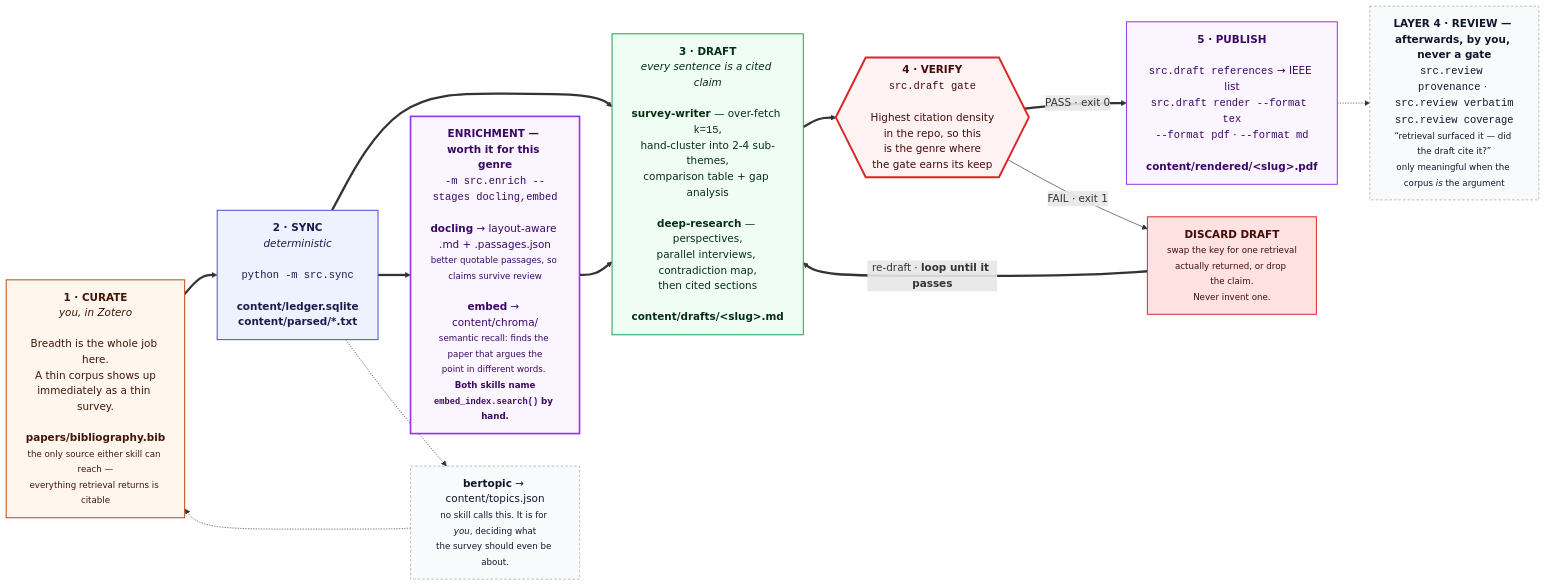
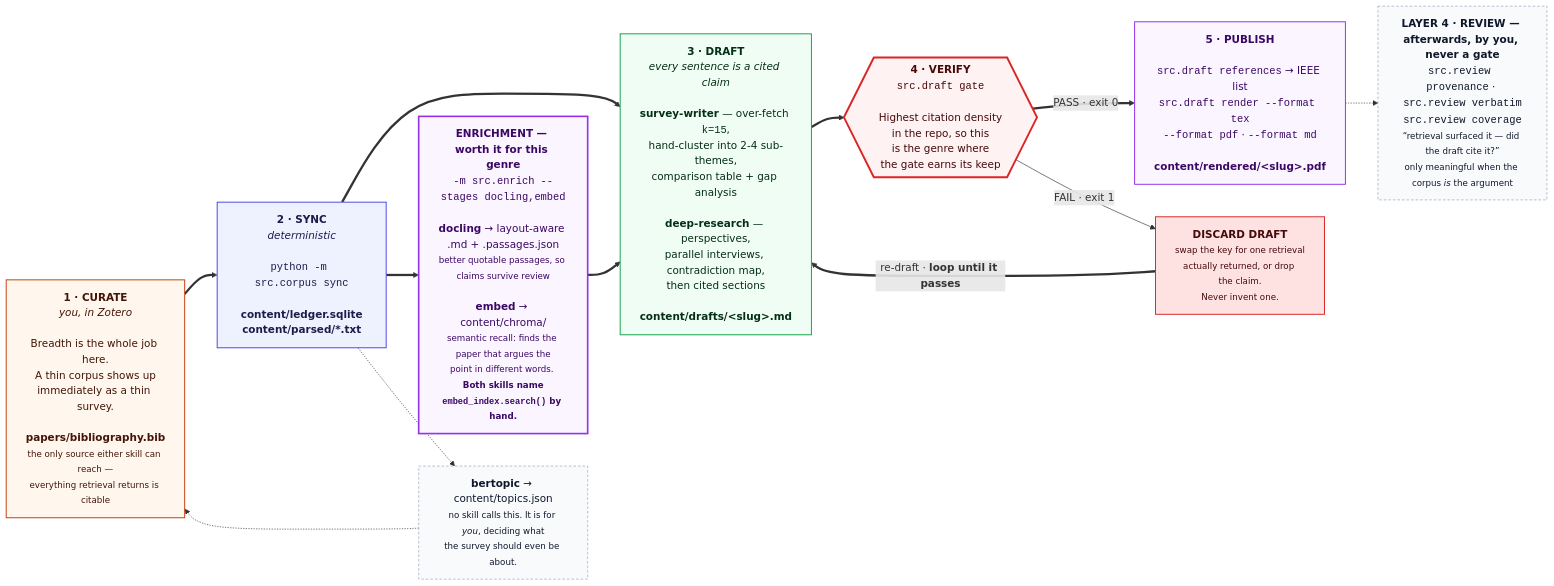
One commit to prasadtalasila/chitragupta changed the seventh of 11 diagrams in docs/DIAGRAMS.md. Above: the diagram before and after it, drawn with Mermaid. The commit also changed other lines of this file and 89 other files, not shown here.

````diff
--- a/docs/DIAGRAMS.md
+++ b/docs/DIAGRAMS.md
@@ -631,47 +631,47 @@
 ```mermaid
 flowchart LR
 
   P0["<b>1 · CURATE</b><br/><i>you, in Zotero</i><br/><br/>Breadth is the whole job here.<br/>A thin corpus shows up<br/>immediately as a thin survey.<br/><br/><b>papers/bibliography.bib</b><br/><small>the only source either skill can reach —<br/>everything retrieval returns is citable</small>"]
 
-  P1["<b>2 · SYNC</b><br/><i>deterministic</i><br/><br/><code>python -m src.sync</code><br/><br/><b>content/ledger.sqlite</b><br/><b>content/parsed/*.txt</b>"]
+  P1["<b>2 · SYNC</b><br/><i>deterministic</i><br/><br/><code>python -m src.corpus sync</code><br/><br/><b>content/ledger.sqlite</b><br/><b>content/parsed/*.txt</b>"]
 
   HEAVY["<b>ENRICHMENT — worth it for this genre</b><br/><code>-m src.enrich --stages docling,embed</code><br/><br/><b>docling</b> → layout-aware .md + .passages.json<br/><small>better quotable passages, so claims survive review</small><br/><br/><b>embed</b> → content/chroma/<br/><small>semantic recall: finds the paper that argues the<br/>point in different words. <b>Both skills name<br/><code>embed_index.search()</code> by hand.</b></small>"]
 
   P2["<b>3 · DRAFT</b><br/><i>every sentence is a cited claim</i><br/><br/><b>survey-writer</b> — over-fetch <code>k=15</code>,<br/>hand-cluster into 2-4 sub-themes,<br/>comparison table + gap analysis<br/><br/><b>deep-research</b> — perspectives,<br/>parallel interviews, contradiction map,<br/>then cited sections<br/><br/><b>content/drafts/&lt;slug&gt;.md</b>"]
 
   P3{{"<b>4 · VERIFY</b><br/><code>src.draft gate</code><br/><br/>Highest citation density<br/>in the repo, so this<br/>is the genre where<br/>the gate earns its keep"}}
 
   FIX["<b>DISCARD DRAFT</b><br/><small>swap the key for one retrieval<br/>actually returned, or drop the claim.<br/>Never invent one.</small>"]
 
   P4["<b>5 · PUBLISH</b><br/><br/><code>src.draft references</code> → IEEE list<br/><code>src.draft render --format tex</code><br/><code>--format pdf</code> · <code>--format md</code><br/><br/><b>content/rendered/&lt;slug&gt;.pdf</b>"]
 
   AID["<b>LAYER 4 · REVIEW — afterwards, by you, never a gate</b><br/><code>src.review provenance</code> · <code>src.review verbatim</code><br/><code>src.review coverage</code><br/><small>“retrieval surfaced it — did the draft cite it?”<br/>only meaningful when the corpus <i>is</i> the argument</small>"]
 
   BERT["<b>bertopic</b> → content/topics.json<br/><small>no skill calls this. It is for <i>you</i>, deciding what<br/>the survey should even be about.</small>"]
 
   P0 ==> P1 ==> P2 ==> P3
   P1 ==> HEAVY ==> P2
   P3 == "PASS · exit 0" ==> P4
   P3 -- "FAIL · exit 1" --> FIX
   FIX == "re-draft · <b>loop until it passes</b>" ==> P2
   P4 -.-> AID
   P1 -.-> BERT -.-> P0
 
   classDef you fill:#fff7ed,stroke:#c2410c,stroke-width:1.5px,color:#431407
   classDef det fill:#eef2ff,stroke:#4f46e5,stroke-width:1.5px,color:#1e1b4b
   classDef gen fill:#f0fdf4,stroke:#16a34a,stroke-width:1.5px,color:#052e16
   classDef gate fill:#fef2f2,stroke:#dc2626,stroke-width:3px,color:#450a0a
   classDef out fill:#faf5ff,stroke:#9333ea,stroke-width:1.5px,color:#3b0764
   classDef bad fill:#fee2e2,stroke:#dc2626,stroke-width:1.5px,color:#450a0a
   classDef heavy fill:#faf5ff,stroke:#9333ea,stroke-width:2.5px,color:#3b0764
   classDef aid fill:#f8fafc,stroke:#94a3b8,stroke-dasharray:4 3,color:#0f172a
 
   class P0 you
   class P1 det
   class P2 gen
   class P3 gate
   class P4 out
   class FIX bad
   class HEAVY heavy
   class AID,BERT aid
 ```
````
